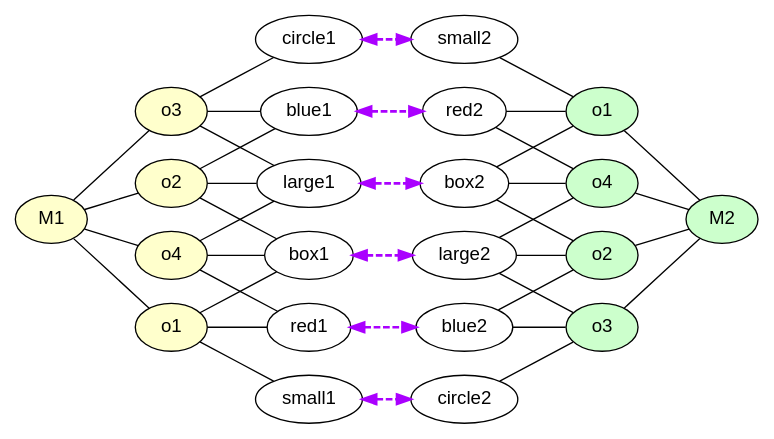
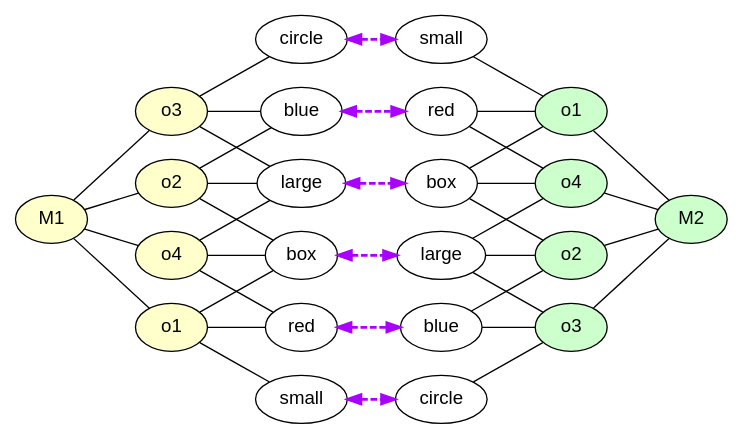
The diagram in automorphisms/automorph2.gv (idaks/WODB), drawn with Graphviz before and after one commit. The commit also changed 2 other files, not shown here.

Commit message:
updated automorp figure, dropping numbers

```diff
--- a/automorphisms/automorph2.gv
+++ b/automorphisms/automorph2.gv
@@ -1,70 +1,70 @@
 digraph{
 rankdir=LR
 node[fontname=Helvetica]
 
 node[shape=oval]
-small1
-large1
-small2
-large2
+small1[label=small]
+large1[label=large]
+small2[label=small]
+large2[label=large]
 node[shape=oval]
-red1
-blue1
-red2
-blue2
+red1[label=red]
+blue1[label=blue]
+red2[label=red]
+blue2[label=blue]
 node[shape=oval]
-circle1
-box1
-circle2
-box2
+circle1[label=circle]
+box1[label=box]
+circle2[label=circle]
+box2[label=box]
 
 node[shape=oval style="filled" fillcolor="#CCFFCC"] 
 M2
 g1[label=o1]
 g2[label=o2]
 g3[label=o3]
 g4[label=o4]
 
 node[shape=oval style=filled fillcolor="#FFFFCC"] 
 o1
 o2
 o3
 o4
 
 
 edge[style=solid color="#000000" constraint=true penwidth=1 dir=none]
 
 M1 -> {o2, o1, o3 o4}
 
 
 edge[style=solid color="#000000" constraint=true penwidth=1 dir=none]
 g1 -> M2
 g2 -> M2
 g3 -> M2
 g4 -> M2
 
 edge[dir=none]
 o1 -> {small1 red1 box1}
 o2 -> {large1 blue1 box1}
 o3 -> {large1 blue1 circle1}
 o4 -> {large1 red1 box1}
 
 edge[dir=none]
 small2 -> g1
 large2 -> {g2 g3 g4}
 red2 -> {g1 g4}
 blue2 -> {g2 g3}
 box2 -> {g1 g2 g4}
 circle2 -> {g3}
 
 edge[style=dashed color="#AA00FF" constraint=true penwidth=2 dir=both]
 
 small1 -> circle2 
 large1 -> box2
 red1 -> blue2
 blue1 -> red2
 box1 -> large2
 circle1 -> small2
 
 
 }
```
